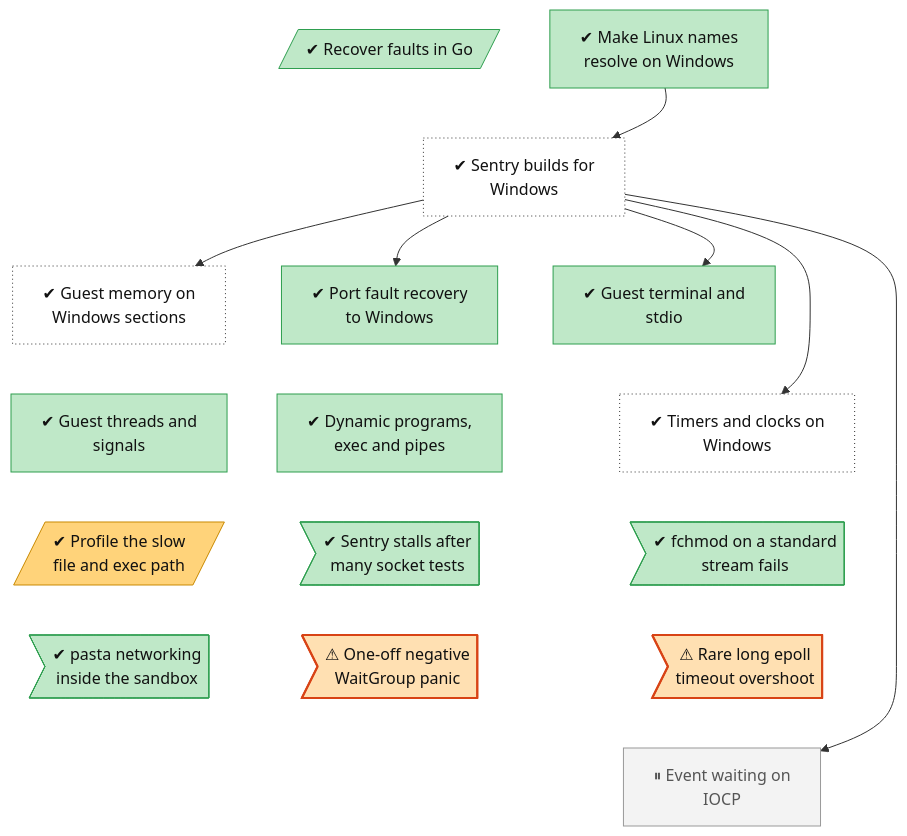
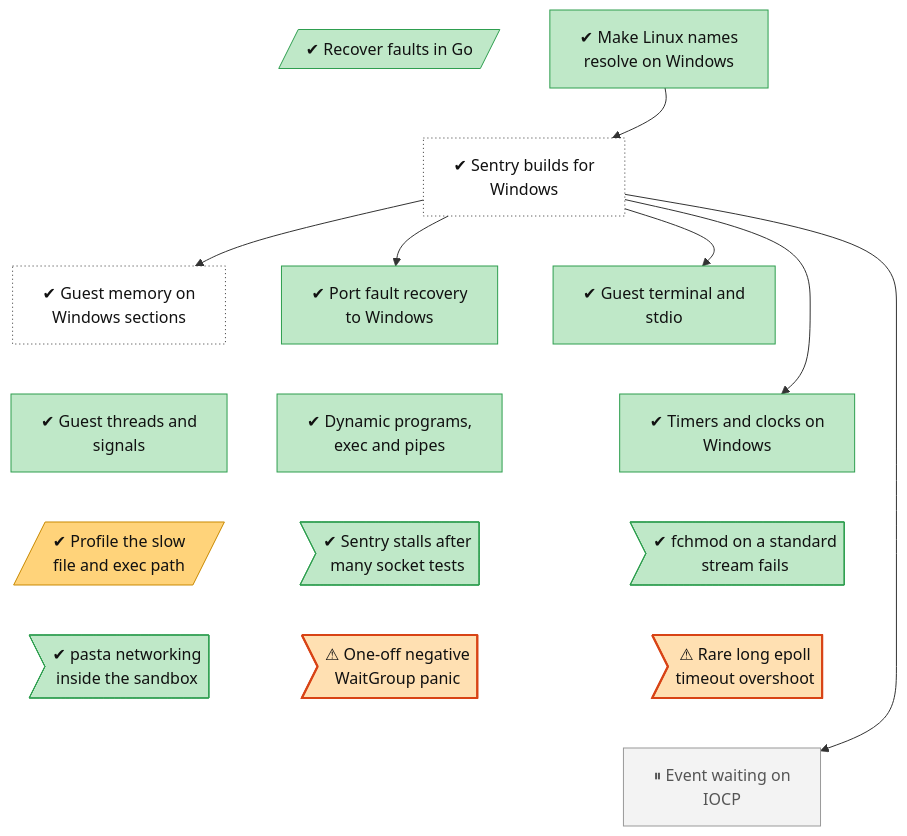
Before and after one commit to lhns/gvisor-windows: the diagram in docs/roadmap/tracks/sentry.md, drawn with Mermaid. The commit also changed other lines of this file and 5 other files, not shown here.

````diff
--- a/docs/roadmap/tracks/sentry.md
+++ b/docs/roadmap/tracks/sentry.md
@@ -10,61 +10,61 @@
 ```mermaid
 flowchart TB
     sentry_go_fault_recovery[/"✔ Recover faults in Go"/]
     sentry_unix_shim["✔ Make Linux names<br/>resolve on Windows"]
     sentry_windows_build["✔ Sentry builds for<br/>Windows"]
     sentry_memory_file_sections["✔ Guest memory on<br/>Windows sections"]
     sentry_fault_recovery["✔ Port fault recovery<br/>to Windows"]
     sentry_host_stdio_and_tty["✔ Guest terminal and<br/>stdio"]
     sentry_threads_and_signals["✔ Guest threads and<br/>signals"]
     sentry_dynamic_elf_and_exec["✔ Dynamic programs,<br/>exec and pipes"]
     sentry_timers_and_clocks["✔ Timers and clocks on<br/>Windows"]
     sentry_profile_small_file_path[/"✔ Profile the slow<br/>file and exec path"/]
     sentry_netpoll_failure>"✔ Sentry stalls after<br/>many socket tests"]
     sentry_fchmod_std_stream>"✔ fchmod on a standard<br/>stream fails"]
     sentry_pasta_in_sandbox>"✔ pasta networking<br/>inside the sandbox"]
     sentry_waitgroup_panic>"⚠ One-off negative<br/>WaitGroup panic"]
     sentry_epoll_timeout_overshoot>"⚠ Rare long epoll<br/>timeout overshoot"]
     sentry_event_loop_iocp["⏸ Event waiting on<br/>IOCP"]
     sentry_go_fault_recovery ~~~ sentry_windows_build
     sentry_unix_shim ~~~ sentry_windows_build
     sentry_windows_build ~~~ sentry_memory_file_sections
     sentry_windows_build ~~~ sentry_fault_recovery
     sentry_windows_build ~~~ sentry_host_stdio_and_tty
     sentry_memory_file_sections ~~~ sentry_threads_and_signals
     sentry_fault_recovery ~~~ sentry_dynamic_elf_and_exec
     sentry_host_stdio_and_tty ~~~ sentry_timers_and_clocks
     sentry_threads_and_signals ~~~ sentry_profile_small_file_path
     sentry_dynamic_elf_and_exec ~~~ sentry_netpoll_failure
     sentry_timers_and_clocks ~~~ sentry_fchmod_std_stream
     sentry_profile_small_file_path ~~~ sentry_pasta_in_sandbox
     sentry_netpoll_failure ~~~ sentry_waitgroup_panic
     sentry_fchmod_std_stream ~~~ sentry_epoll_timeout_overshoot
     sentry_pasta_in_sandbox ~~~ sentry_event_loop_iocp
     sentry_waitgroup_panic ~~~ sentry_event_loop_iocp
     sentry_epoll_timeout_overshoot ~~~ sentry_event_loop_iocp
     sentry_unix_shim --> sentry_windows_build
     sentry_windows_build --> sentry_memory_file_sections
     sentry_windows_build --> sentry_fault_recovery
     sentry_windows_build --> sentry_host_stdio_and_tty
     sentry_windows_build --> sentry_timers_and_clocks
     sentry_windows_build --> sentry_event_loop_iocp
     classDef vsucc fill:#2e9e4f,stroke:#1b6b34,color:#fff
     classDef succ fill:#bfe8c8,stroke:#2e9e4f,color:#111
     classDef mixed fill:#ffd37a,stroke:#c98a00,color:#111
     classDef bad fill:#f28b82,stroke:#b3261e,color:#111
     classDef dead fill:#e6e6e6,stroke:#777,stroke-dasharray:5 5,color:#555
     classDef inprog fill:#a8cdf5,stroke:#1f6fc5,color:#111
     classDef next fill:#fff,stroke:#333,color:#111
     classDef blocked fill:#fff,stroke:#b3261e,stroke-dasharray:2 2,color:#111
     classDef parked fill:#f3f3f3,stroke:#999,color:#555
     classDef unrated fill:#fff,stroke:#333,stroke-dasharray:1 3,color:#111
     classDef gate fill:#d9c2f0,stroke:#7b3fb5,color:#111
     classDef decided fill:#ece0f7,stroke:#7b3fb5,stroke-dasharray:2 2,color:#111
     classDef finding fill:#ffe0b2,stroke:#d84315,stroke-width:2px,color:#111
     classDef waiting fill:#e3f2fd,stroke:#1f6fc5,stroke-dasharray:5 5,color:#111
-    class sentry_go_fault_recovery,sentry_unix_shim,sentry_fault_recovery,sentry_host_stdio_and_tty,sentry_threads_and_signals,sentry_dynamic_elf_and_exec,sentry_netpoll_failure,sentry_fchmod_std_stream,sentry_pasta_in_sandbox succ
-    class sentry_windows_build,sentry_memory_file_sections,sentry_timers_and_clocks unrated
+    class sentry_go_fault_recovery,sentry_unix_shim,sentry_fault_recovery,sentry_host_stdio_and_tty,sentry_threads_and_signals,sentry_dynamic_elf_and_exec,sentry_timers_and_clocks,sentry_netpoll_failure,sentry_fchmod_std_stream,sentry_pasta_in_sandbox succ
+    class sentry_windows_build,sentry_memory_file_sections unrated
     class sentry_profile_small_file_path mixed
     class sentry_waitgroup_panic,sentry_epoll_timeout_overshoot finding
     class sentry_event_loop_iocp parked
 ```
````
